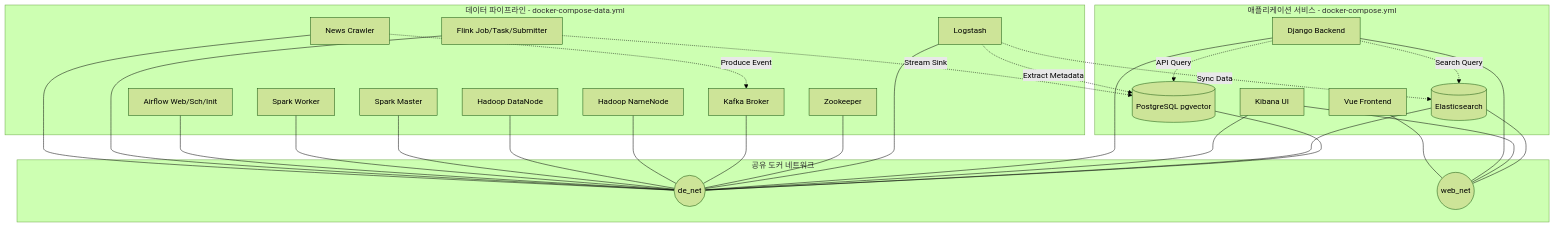
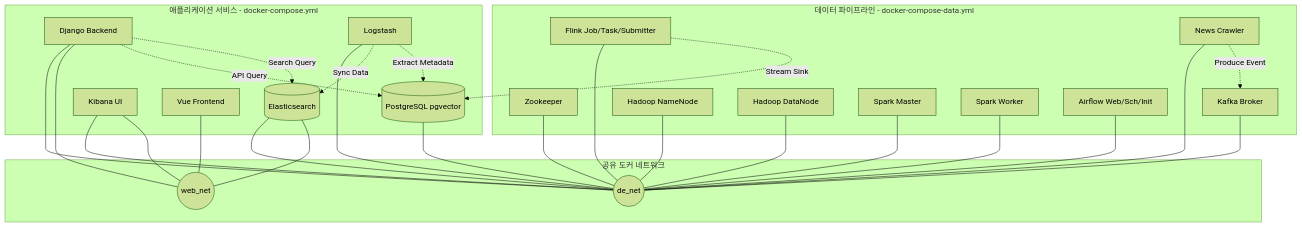
The diagram in docs/PROJECT_GUIDE.md (Kim-jin-gwang/Bond-EZ), drawn with Mermaid (forest theme) before and after one commit. The commit also changed other lines of this file and 4 other files, not shown here.

````diff
--- a/docs/PROJECT_GUIDE.md
+++ b/docs/PROJECT_GUIDE.md
@@ -11,57 +11,57 @@
 ```mermaid
 graph TD
     subgraph Shared_Networks [공유 도커 네트워크]
         de_net((de_net))
         web_net((web_net))
     end
 
     subgraph App_Compose [애플리케이션 서비스 - docker-compose.yml]
         db[(PostgreSQL pgvector)]
         elasticsearch[(Elasticsearch)]
         kibana[Kibana UI]
         backend[Django Backend]
         frontend[Vue Frontend]
+        logstash[Logstash]
     end
 
     subgraph Pipeline_Compose [데이터 파이프라인 - docker-compose-data.yml]
         zookeeper[Zookeeper]
         kafka[Kafka Broker]
-        logstash[Logstash]
         namenode[Hadoop NameNode]
         datanode[Hadoop DataNode]
         spark_master[Spark Master]
         spark_worker[Spark Worker]
         airflow[Airflow Web/Sch/Init]
         flink[Flink Job/Task/Submitter]
         crawler[News Crawler]
     end
 
     %% Network Mappings
     db --- de_net
     elasticsearch --- de_net
     elasticsearch --- web_net
     kibana --- de_net
     kibana --- web_net
     backend --- de_net
     backend --- web_net
     frontend --- web_net
 
     logstash --- de_net
     zookeeper --- de_net
     kafka --- de_net
     namenode --- de_net
     datanode --- de_net
     spark_master --- de_net
     spark_worker --- de_net
     airflow --- de_net
     flink --- de_net
     crawler --- de_net
 
     %% Logical Dependencies
     backend -.->|API Query| db
     backend -.->|Search Query| elasticsearch
     logstash -.->|Sync Data| elasticsearch
     logstash -.->|Extract Metadata| db
     crawler -.->|Produce Event| kafka
     flink -.->|Stream Sink| db
 ```
````
